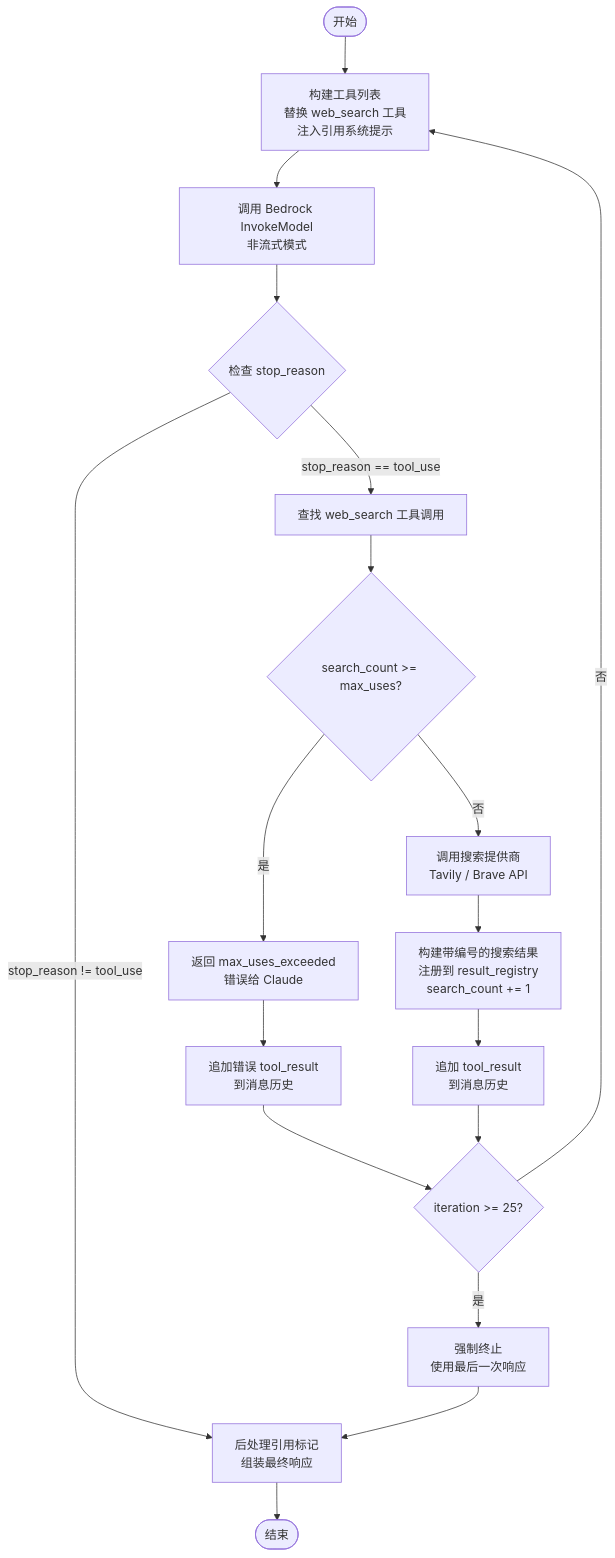
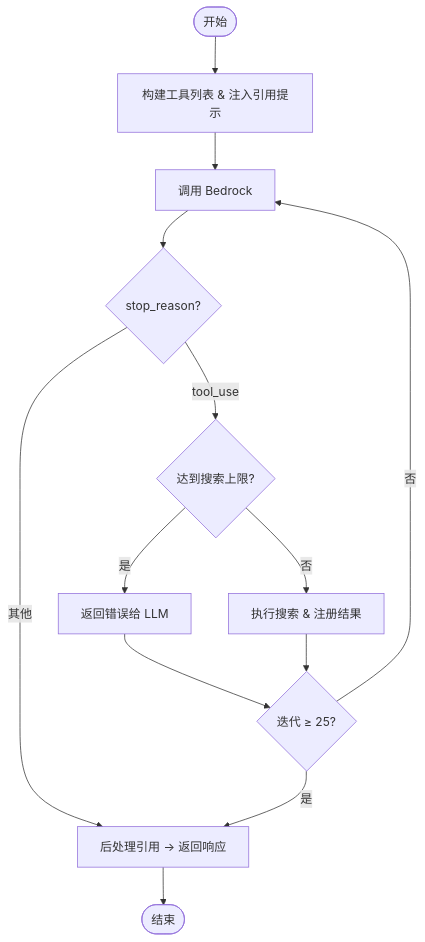
One commit to xiehust/anthropic_api_converter changed the second of 4 diagrams in docs/blog/web-search-fetch-on-bedrock.md. Above: the diagram before and after it, drawn with Mermaid. The commit also changed other lines of this file and 3 other files, not shown here.

````diff
--- a/docs/blog/web-search-fetch-on-bedrock.md
+++ b/docs/blog/web-search-fetch-on-bedrock.md
@@ -195,25 +191,20 @@
 ```mermaid
 flowchart TD
-    Start([开始]) --> BuildTools["构建工具列表\n替换 web_search 工具\n注入引用系统提示"]
-    BuildTools --> CallBedrock["调用 Bedrock InvokeModel\n非流式模式"]
-    CallBedrock --> CheckStop{检查 stop_reason}
+    Start([开始]) --> Init["构建工具列表 & 注入引用提示"]
+    Init --> Call["调用 Bedrock"]
+    Call --> Check{stop_reason?}
 
-    CheckStop -->|stop_reason == tool_use| FindTools["查找 web_search 工具调用"]
-    CheckStop -->|stop_reason != tool_use| PostProcess["后处理引用标记\n组装最终响应"]
-    PostProcess --> End([结束])
+    Check -->|tool_use| MaxUse{达到搜索上限?}
+    Check -->|其他| Output["后处理引用 → 返回响应"]
 
-    FindTools --> CheckMaxUses{search_count >= max_uses?}
-    CheckMaxUses -->|是| ReturnError["返回 max_uses_exceeded\n错误给 Claude"]
-    CheckMaxUses -->|否| ExecuteSearch["调用搜索提供商\nTavily / Brave API"]
+    MaxUse -->|是| Error["返回错误给 LLM"]
+    MaxUse -->|否| Search["执行搜索 & 注册结果"]
 
-    ReturnError --> AppendError["追加错误 tool_result\n到消息历史"]
-    AppendError --> CheckIter
+    Error --> Iter{迭代 ≥ 25?}
+    Search --> Iter
 
-    ExecuteSearch --> BuildResult["构建带编号的搜索结果\n注册到 result_registry\nsearch_count += 1"]
-    BuildResult --> AppendResult["追加 tool_result\n到消息历史"]
-    AppendResult --> CheckIter{iteration >= 25?}
+    Iter -->|否| Call
+    Iter -->|是| Output
 
-    CheckIter -->|是| ForceStop["强制终止\n使用最后一次响应"]
-    CheckIter -->|否| BuildTools
-    ForceStop --> PostProcess
+    Output --> End([结束])
 ```
````
